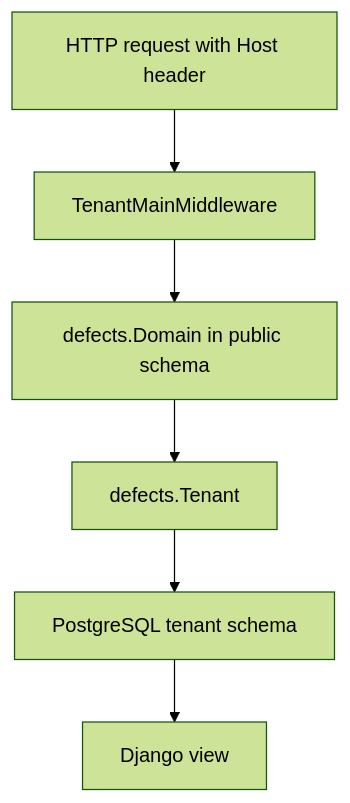
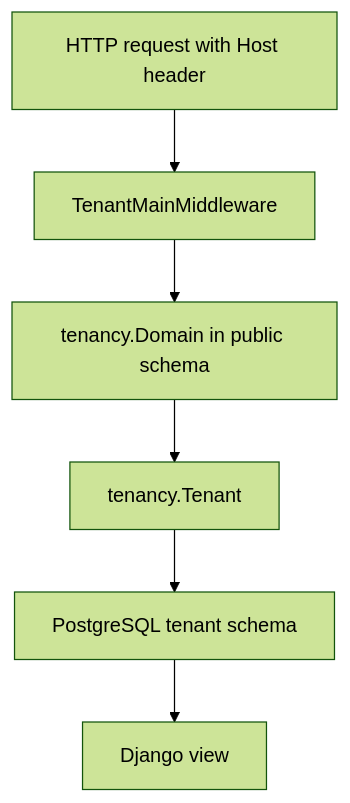
The sixth of 9 diagrams in documents/system-architecture.md (BYLinMou/COMP3297-GroupH), drawn with Mermaid (forest theme) before and after one commit. The commit also changed other lines of this file and 27 other files, not shown here.

Commit message:
Separate tenancy from defect domain

````diff
--- a/documents/system-architecture.md
+++ b/documents/system-architecture.md
@@ -473,15 +506,15 @@
 ```mermaid
 flowchart TD
     Request[HTTP request with Host header]
     Middleware[TenantMainMiddleware]
-    Domain[defects.Domain in public schema]
-    Tenant[defects.Tenant]
+    Domain[tenancy.Domain in public schema]
+    Tenant[tenancy.Tenant]
     Schema[PostgreSQL tenant schema]
     View[Django view]
 
     Request --> Middleware
     Middleware --> Domain
     Domain --> Tenant
     Tenant --> Schema
     Schema --> View
 ```
````
